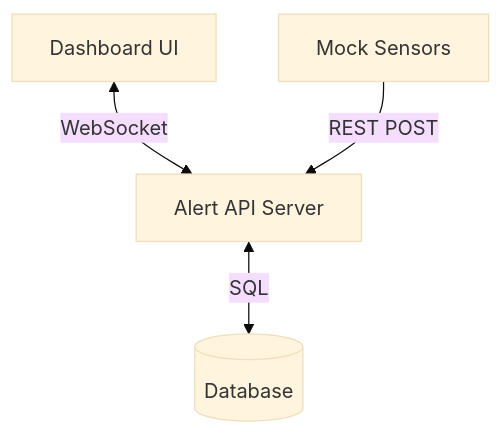
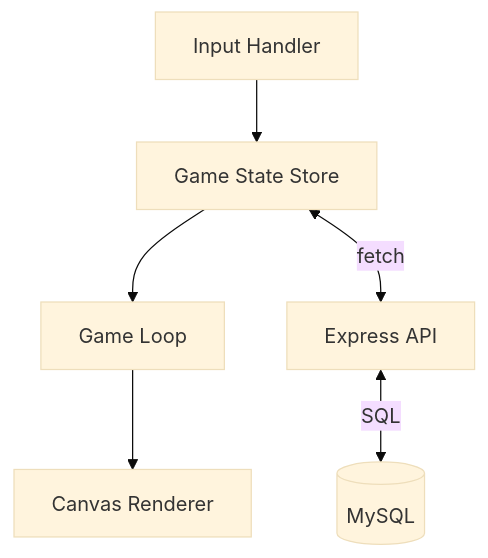
The diagram in L4-Computer_Tutor_AIEra_Curriculum.md (ssaelao-wq/computer-tutor), drawn with Mermaid (base theme) before and after one commit. The commit also changed other lines of this file and 15 other files, not shown here.

````diff
--- a/L4-Computer_Tutor_AIEra_Curriculum.md
+++ b/L4-Computer_Tutor_AIEra_Curriculum.md
@@ -47,6 +99,7 @@
   ```mermaid
   graph TD
-    Client[Dashboard UI] <-->|WebSocket| Server[Alert API Server]
-    Server <-->|SQL| DB[(Database)]
-    Telemetry[Mock Sensors] -->|REST POST| Server
+    Input[Input Handler] --> State[Game State Store]
+    State --> Loop[Game Loop] --> Renderer[Canvas Renderer]
+    State <-->|fetch| Server[Express API]
+    Server <-->|SQL| DB[(MySQL)]
   ```
````
